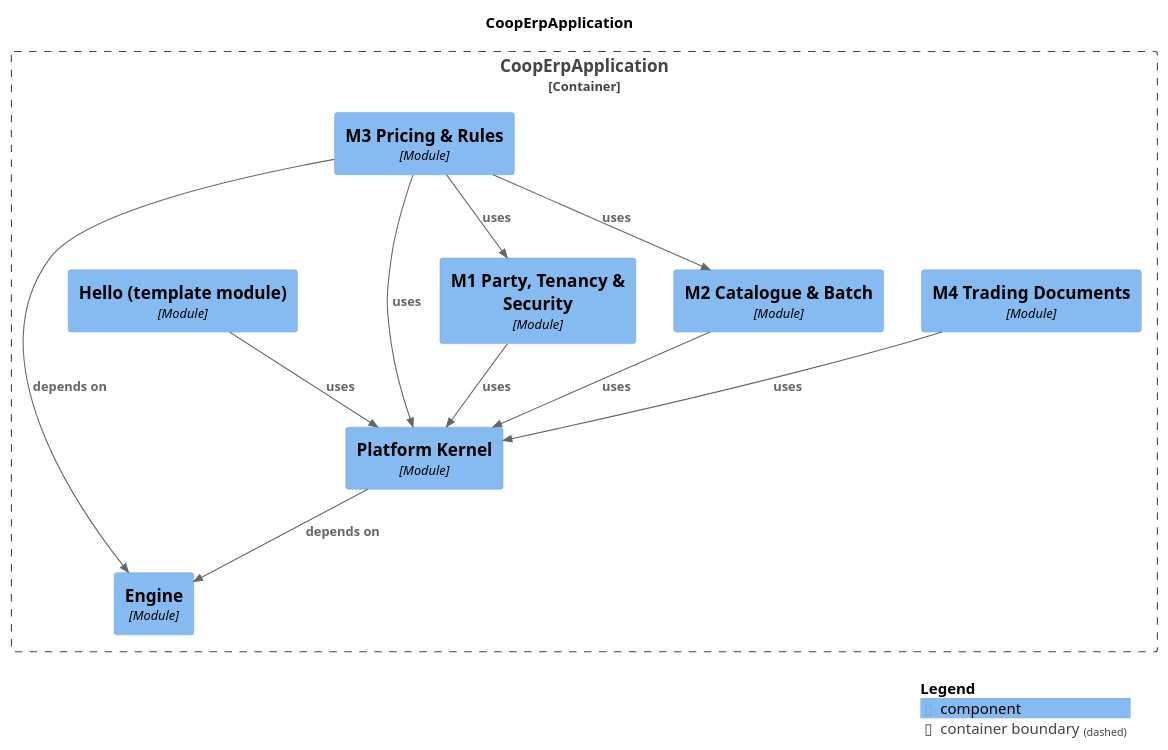
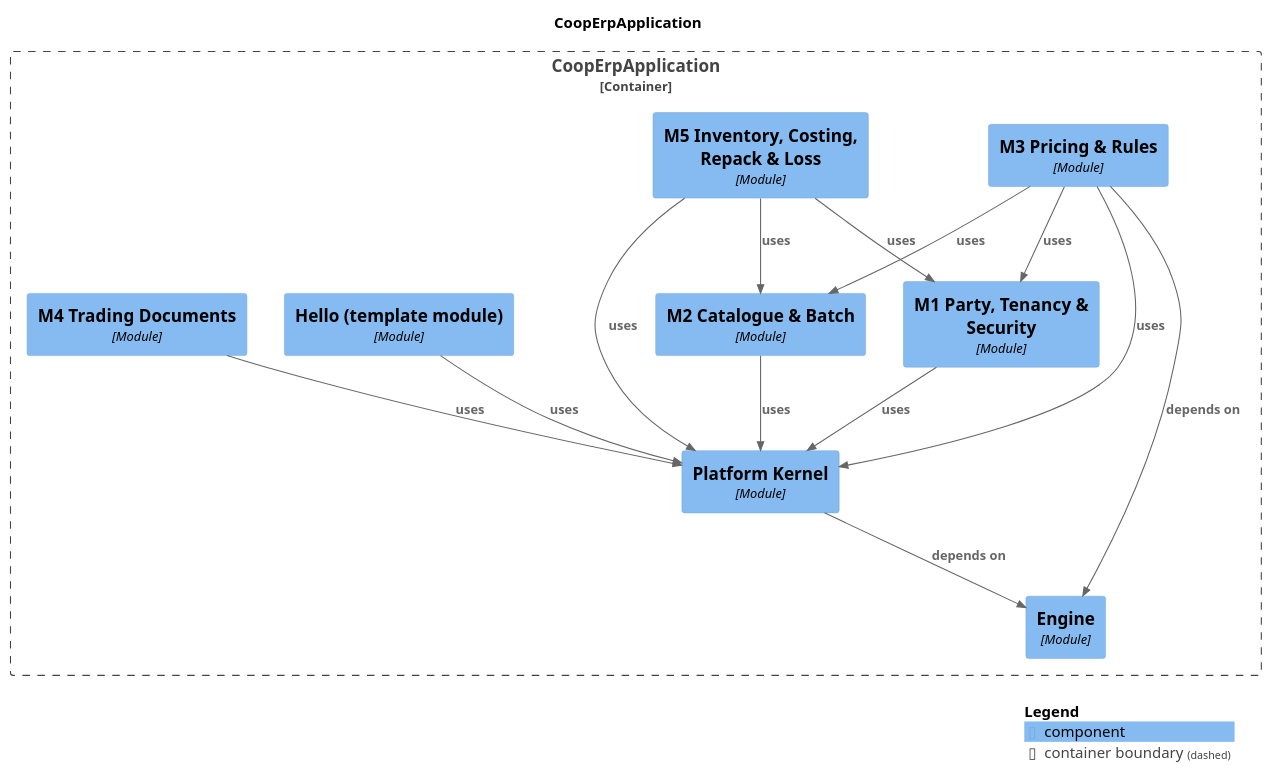
The diagram in docs/modules/components.puml (Knoweb/COOP_ERP), drawn with PlantUML before and after one commit.

Commit message:
docs(modules): regenerate the module diagrams and the web client

```diff
--- a/docs/modules/components.puml
+++ b/docs/modules/components.puml
@@ -1,32 +1,36 @@
 @startuml
 set separator none
 title CoopErpApplication
 
 top to bottom direction
 
 !include <C4/C4>
 !include <C4/C4_Context>
 !include <C4/C4_Component>
 
 Container_Boundary("CoopErpApplication.CoopErpApplication_boundary", "CoopErpApplication", $tags="") {
   Component(CoopErpApplication.CoopErpApplication.M3PricingRules, "M3 Pricing & Rules", $techn="Module", $descr="", $tags="", $link="")
+  Component(CoopErpApplication.CoopErpApplication.M5InventoryCostingRepackLoss, "M5 Inventory, Costing, Repack & Loss", $techn="Module", $descr="", $tags="", $link="")
   Component(CoopErpApplication.CoopErpApplication.Engine, "Engine", $techn="Module", $descr="", $tags="", $link="")
   Component(CoopErpApplication.CoopErpApplication.PlatformKernel, "Platform Kernel", $techn="Module", $descr="", $tags="", $link="")
   Component(CoopErpApplication.CoopErpApplication.Hellotemplatemodule, "Hello (template module)", $techn="Module", $descr="", $tags="", $link="")
   Component(CoopErpApplication.CoopErpApplication.M1PartyTenancySecurity, "M1 Party, Tenancy & Security", $techn="Module", $descr="", $tags="", $link="")
   Component(CoopErpApplication.CoopErpApplication.M2CatalogueBatch, "M2 Catalogue & Batch", $techn="Module", $descr="", $tags="", $link="")
   Component(CoopErpApplication.CoopErpApplication.M4TradingDocuments, "M4 Trading Documents", $techn="Module", $descr="", $tags="", $link="")
 }
 
 Rel(CoopErpApplication.CoopErpApplication.Hellotemplatemodule, CoopErpApplication.CoopErpApplication.PlatformKernel, "uses", $techn="", $tags="", $link="")
 Rel(CoopErpApplication.CoopErpApplication.M1PartyTenancySecurity, CoopErpApplication.CoopErpApplication.PlatformKernel, "uses", $techn="", $tags="", $link="")
 Rel(CoopErpApplication.CoopErpApplication.M2CatalogueBatch, CoopErpApplication.CoopErpApplication.PlatformKernel, "uses", $techn="", $tags="", $link="")
 Rel(CoopErpApplication.CoopErpApplication.M3PricingRules, CoopErpApplication.CoopErpApplication.Engine, "depends on", $techn="", $tags="", $link="")
 Rel(CoopErpApplication.CoopErpApplication.M3PricingRules, CoopErpApplication.CoopErpApplication.M1PartyTenancySecurity, "uses", $techn="", $tags="", $link="")
 Rel(CoopErpApplication.CoopErpApplication.M3PricingRules, CoopErpApplication.CoopErpApplication.M2CatalogueBatch, "uses", $techn="", $tags="", $link="")
 Rel(CoopErpApplication.CoopErpApplication.M3PricingRules, CoopErpApplication.CoopErpApplication.PlatformKernel, "uses", $techn="", $tags="", $link="")
 Rel(CoopErpApplication.CoopErpApplication.M4TradingDocuments, CoopErpApplication.CoopErpApplication.PlatformKernel, "uses", $techn="", $tags="", $link="")
+Rel(CoopErpApplication.CoopErpApplication.M5InventoryCostingRepackLoss, CoopErpApplication.CoopErpApplication.M1PartyTenancySecurity, "uses", $techn="", $tags="", $link="")
+Rel(CoopErpApplication.CoopErpApplication.M5InventoryCostingRepackLoss, CoopErpApplication.CoopErpApplication.M2CatalogueBatch, "uses", $techn="", $tags="", $link="")
+Rel(CoopErpApplication.CoopErpApplication.M5InventoryCostingRepackLoss, CoopErpApplication.CoopErpApplication.PlatformKernel, "uses", $techn="", $tags="", $link="")
 Rel(CoopErpApplication.CoopErpApplication.PlatformKernel, CoopErpApplication.CoopErpApplication.Engine, "depends on", $techn="", $tags="", $link="")
 
 SHOW_LEGEND(true)
 @enduml
```
